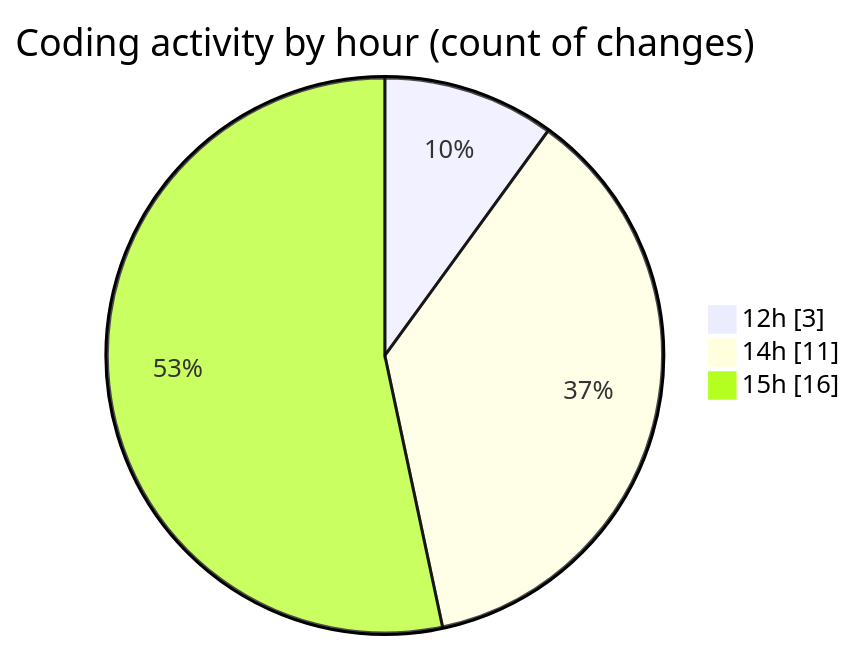
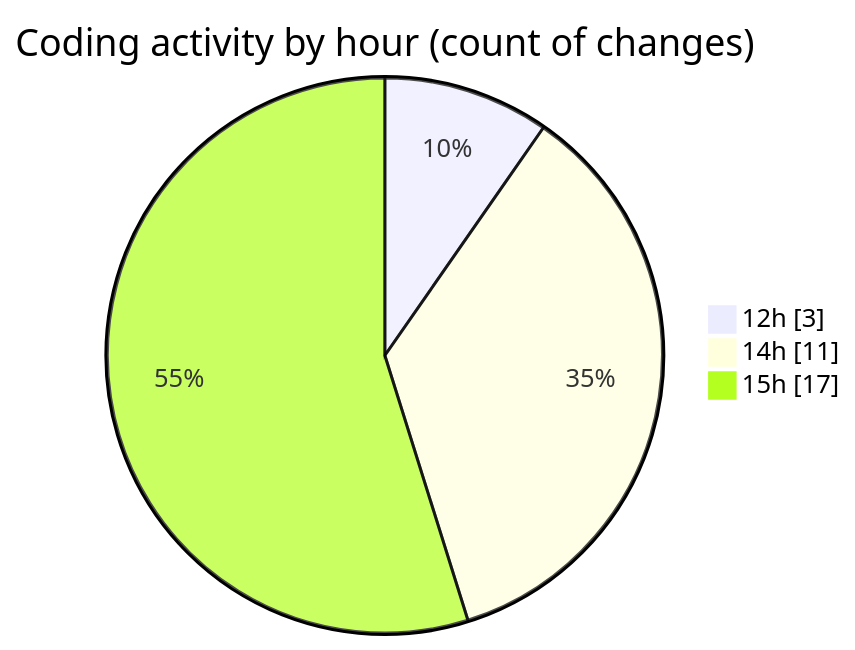
Before and after one commit to debugP/code-tracking: the second of 2 diagrams in 2026-07-27/untitled__workspace_/README.md, drawn with Mermaid. The commit also changed other lines of this file and 1 other file, not shown here.

````diff
--- a/2026-07-27/untitled__workspace_/README.md
+++ b/2026-07-27/untitled__workspace_/README.md
@@ -33,7 +33,7 @@
 ```mermaid
 pie showData
 title Coding activity by hour (count of changes)
 "12h" : 3
 "14h" : 11
-"15h" : 16
+"15h" : 17
 ```
````
